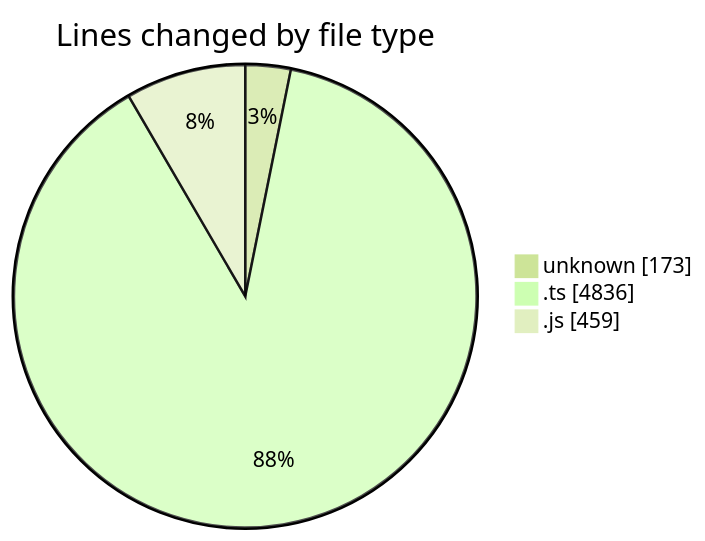
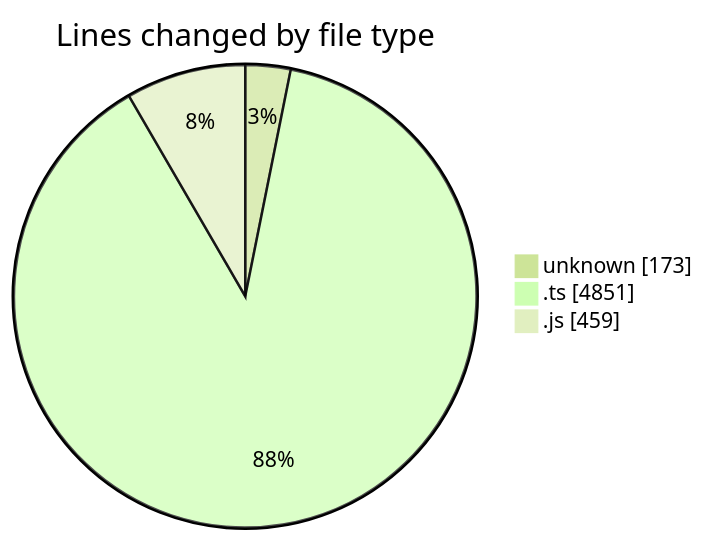
Before and after one commit to momahboobian/code-tracking: the first of 2 diagrams in 2026-08-24/cda/README.md, drawn with Mermaid (forest theme). The commit also changed other lines of this file and 1 other file, not shown here.

````diff
--- a/2026-08-24/cda/README.md
+++ b/2026-08-24/cda/README.md
@@ -30,7 +30,7 @@
 ```mermaid
 pie showData
 title Lines changed by file type
 "unknown" : 173
-".ts" : 4836
+".ts" : 4851
 ".js" : 459
 ```
````
